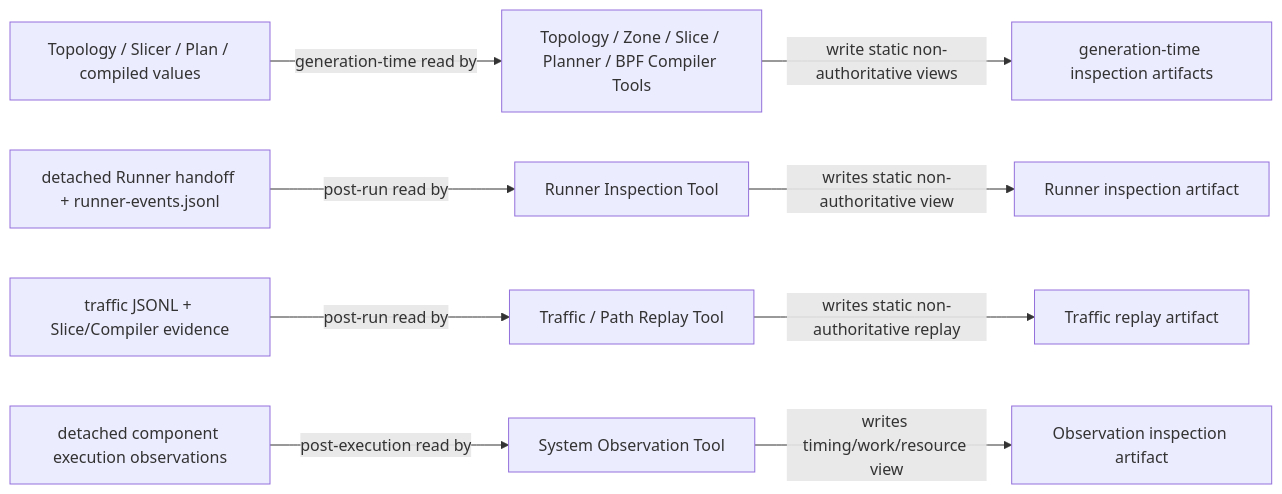
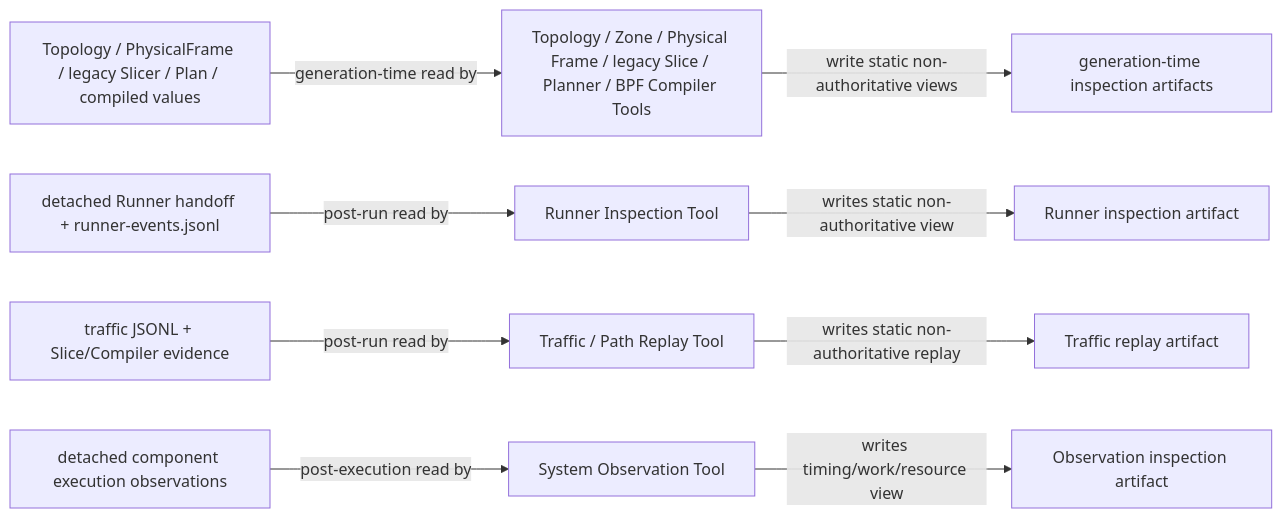
Before and after one commit to seed-labs/skyseed: the first of 2 diagrams in skyseed_v2/tools/README.md, drawn with Mermaid. The commit also changed other lines of this file and 94 other files, not shown here.

Commit message:
feat: establish topology physical frame foundation

````diff
--- a/skyseed_v2/tools/README.md
+++ b/skyseed_v2/tools/README.md
@@ -12,14 +12,14 @@
 ```mermaid
 flowchart LR
-    FORMAL["Topology / Slicer / Plan / compiled values"] -->|generation-time read by| GTOOLS["Topology / Zone / Slice / Planner / BPF Compiler Tools"]
+    FORMAL["Topology / PhysicalFrame / legacy Slicer / Plan / compiled values"] -->|generation-time read by| GTOOLS["Topology / Zone / Physical Frame / legacy Slice / Planner / BPF Compiler Tools"]
     GTOOLS -->|write static non-authoritative views| GART["generation-time inspection artifacts"]
 
     RUNNER["detached Runner handoff + runner-events.jsonl"] -->|post-run read by| RTOOL["Runner Inspection Tool"]
     RTOOL -->|writes static non-authoritative view| RART["Runner inspection artifact"]
 
     TRAFFIC["traffic JSONL + Slice/Compiler evidence"] -->|post-run read by| TTOOL["Traffic / Path Replay Tool"]
     TTOOL -->|writes static non-authoritative replay| TART["Traffic replay artifact"]
 
     OBS["detached component execution observations"] -->|post-execution read by| OTOOL["System Observation Tool"]
     OTOOL -->|writes timing/work/resource view| OART["Observation inspection artifact"]
 ```
````
